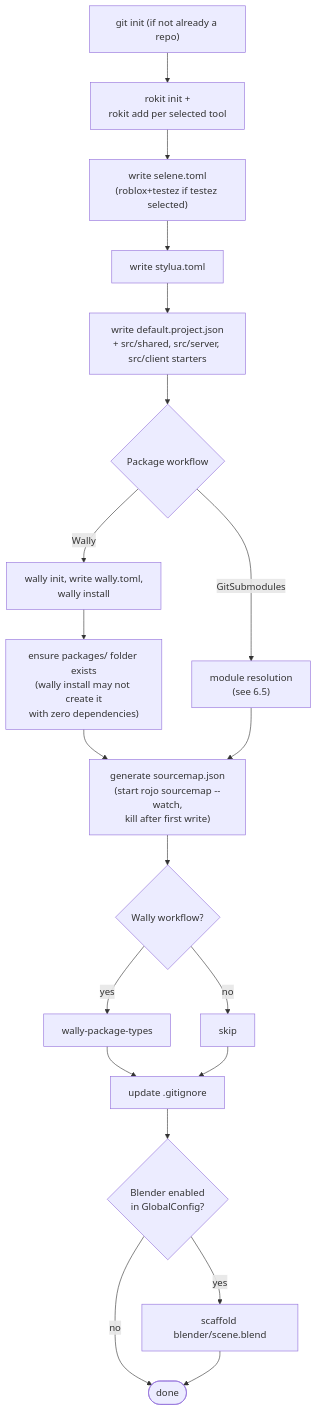
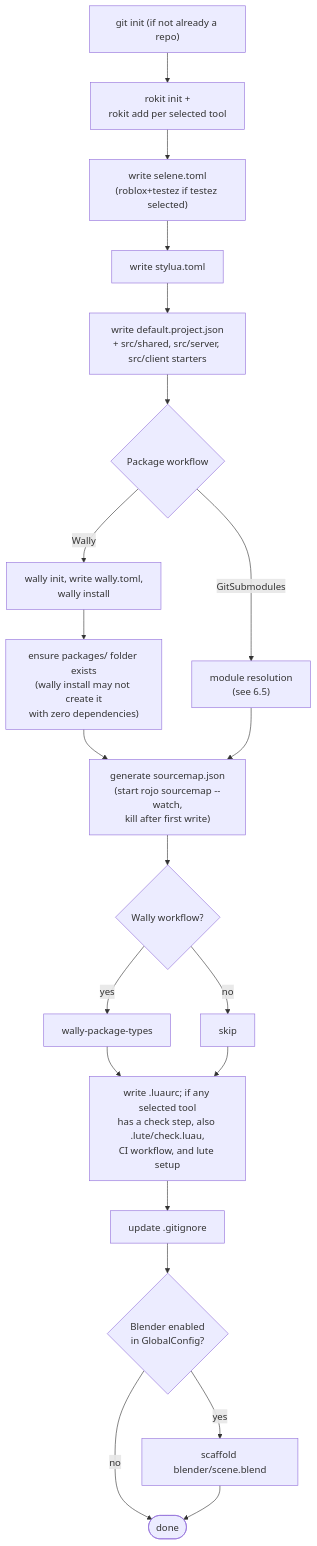
Before and after one commit to chatarabdelilah/rproj: the third of 6 diagrams in docs/architecture.md, drawn with Mermaid. The commit also changed other lines of this file, not shown here.

First line of the commit message:
Update architecture.md for the quality gate

````diff
--- a/docs/architecture.md
+++ b/docs/architecture.md
@@ -325,22 +329,25 @@
 ```mermaid
 flowchart TD
     A["git init (if not already a repo)"] --> B["rokit init +\nrokit add per selected tool"]
     B --> C["write selene.toml\n(roblox+testez if testez selected)"]
     C --> D[write stylua.toml]
     D --> E["write default.project.json\n+ src/shared, src/server, src/client starters"]
     E --> F{Package workflow}
     F -- Wally --> G["wally init, write wally.toml,\nwally install"]
     G --> H["ensure packages/ folder exists\n(wally install may not create it\nwith zero dependencies)"]
     F -- GitSubmodules --> I["module resolution\n(see 6.5)"]
     H --> K["generate sourcemap.json\n(start rojo sourcemap --watch,\nkill after first write)"]
     I --> K
     K --> L{Wally workflow?}
     L -- yes --> M[wally-package-types]
     L -- no --> N[skip]
-    M --> O[update .gitignore]
-    N --> O
+    M --> QG["write .luaurc; if any selected tool
+has a check step, also .lute/check.luau,
+CI workflow, and lute setup"]
+    N --> QG
+    QG --> O[update .gitignore]
     O --> P{Blender enabled\nin GlobalConfig?}
     P -- yes --> Q[scaffold blender/scene.blend]
     P -- no --> R(["done"])
     Q --> R
 ```
````
